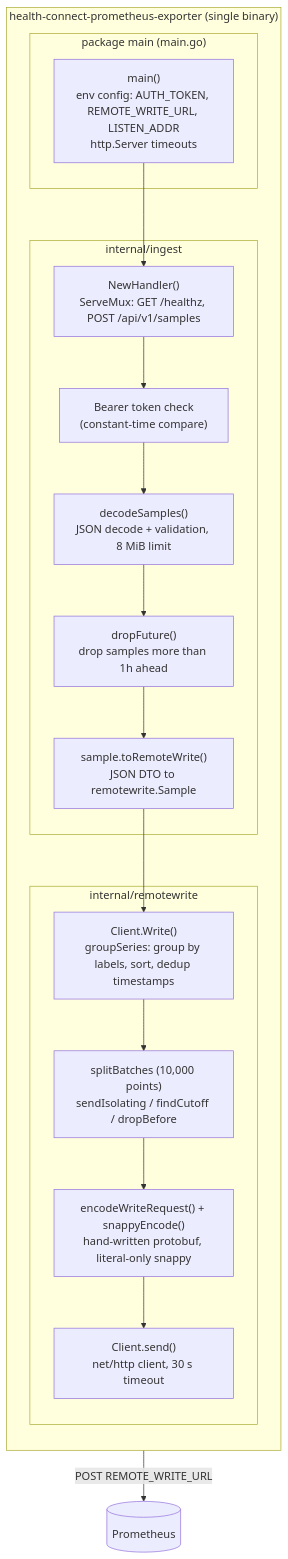
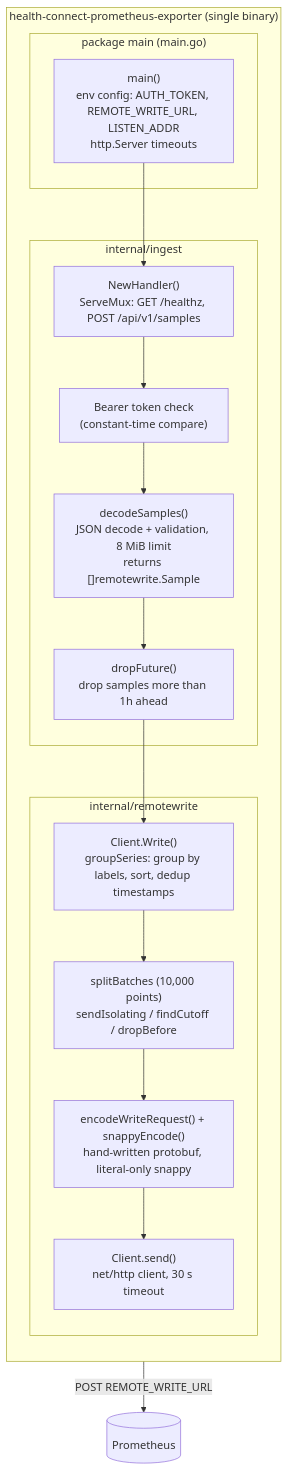
Before and after one commit to MateuxLucax/health-connect-prometheus-exporter: the second of 5 diagrams in docs/architecture.md, drawn with Mermaid. The commit also changed other lines of this file and 10 other files, not shown here.

````diff
--- a/docs/architecture.md
+++ b/docs/architecture.md
@@ -34,25 +34,24 @@
 ```mermaid
 flowchart TB
     subgraph exporter["health-connect-prometheus-exporter (single binary)"]
         direction TB
         subgraph main["package main (main.go)"]
             cfg["main()<br/>env config: AUTH_TOKEN, REMOTE_WRITE_URL, LISTEN_ADDR<br/>http.Server timeouts"]
         end
         subgraph ingest["internal/ingest"]
             mux["NewHandler()<br/>ServeMux: GET /healthz, POST /api/v1/samples"]
             auth["Bearer token check<br/>(constant-time compare)"]
-            dec["decodeSamples()<br/>JSON decode + validation, 8 MiB limit"]
+            dec["decodeSamples()<br/>JSON decode + validation, 8 MiB limit<br/>returns []remotewrite.Sample"]
             fut["dropFuture()<br/>drop samples more than 1h ahead"]
-            conv["sample.toRemoteWrite()<br/>JSON DTO to remotewrite.Sample"]
         end
         subgraph remotewrite["internal/remotewrite"]
             write["Client.Write()<br/>groupSeries: group by labels, sort, dedup timestamps"]
             rw["splitBatches (10,000 points)<br/>sendIsolating / findCutoff / dropBefore"]
             enc["encodeWriteRequest() + snappyEncode()<br/>hand-written protobuf, literal-only snappy"]
             send["Client.send()<br/>net/http client, 30 s timeout"]
         end
-        cfg --> mux --> auth --> dec --> fut --> conv --> write --> rw
+        cfg --> mux --> auth --> dec --> fut --> write --> rw
         rw --> enc --> send
     end
     send -->|"POST REMOTE_WRITE_URL"| prom[("Prometheus")]
 ```
````
